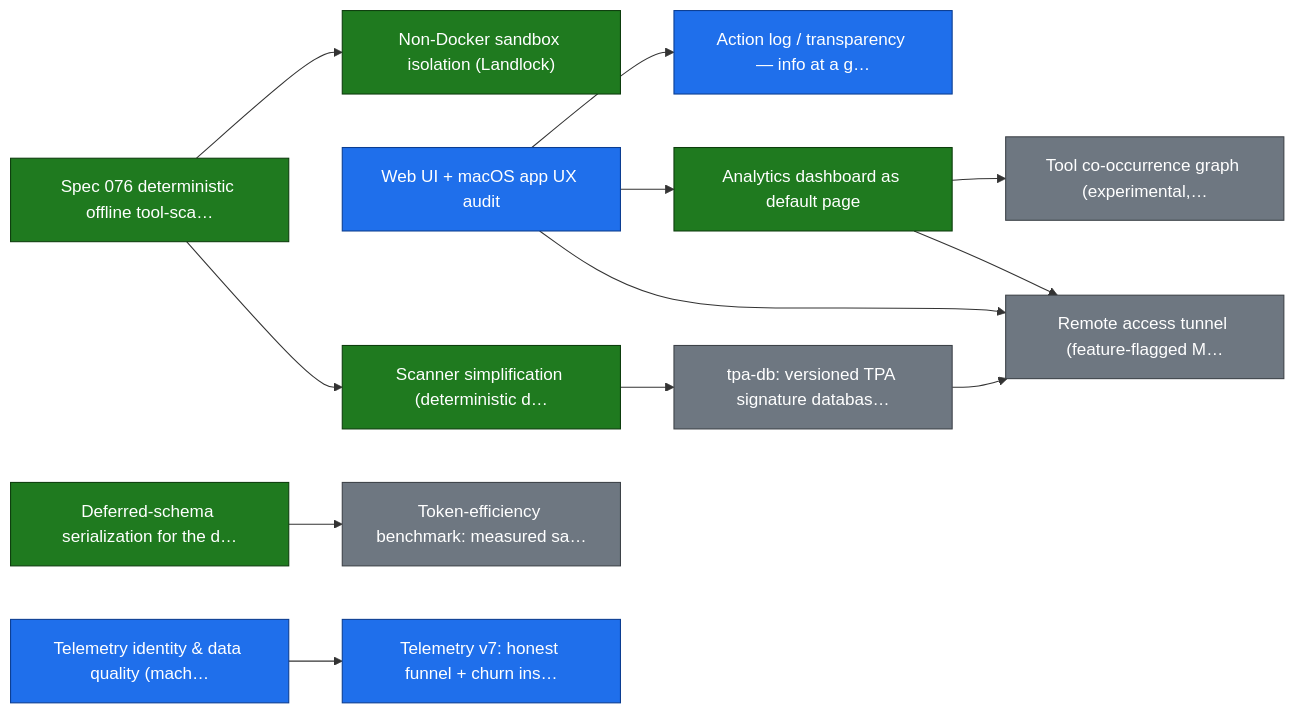
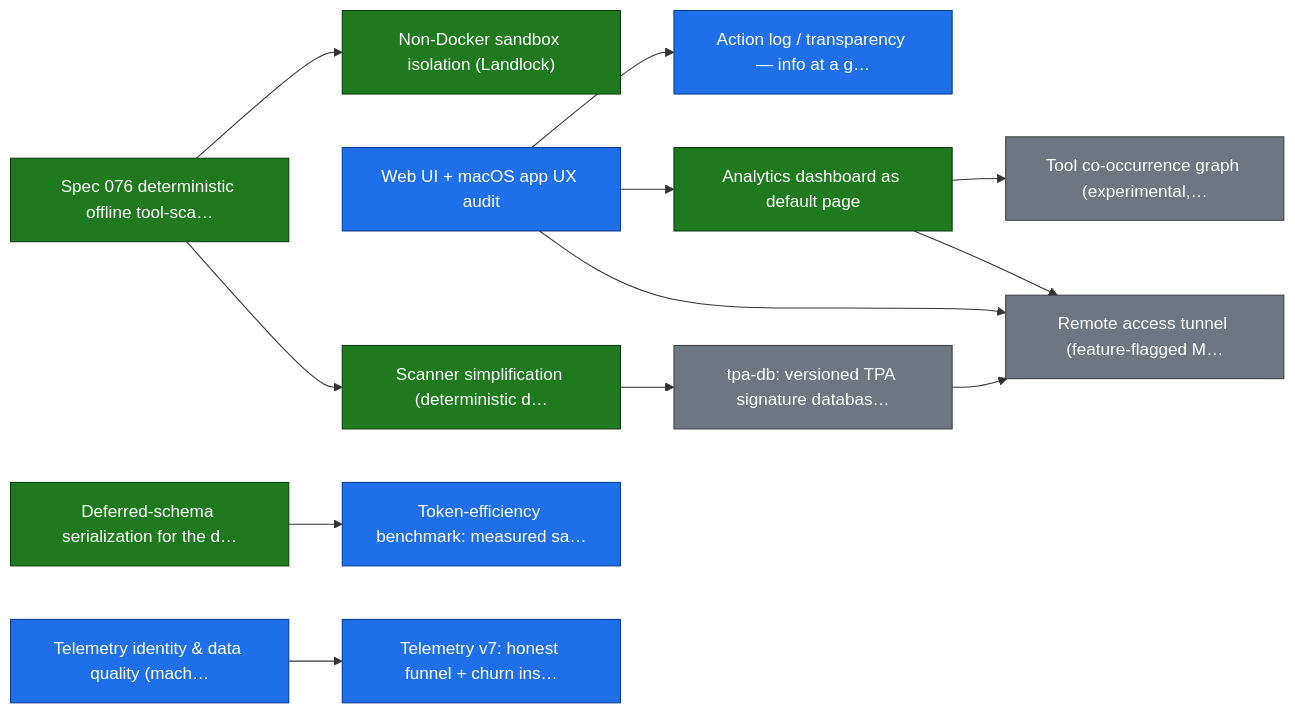
Before and after one commit to smart-mcp-proxy/mcpproxy-go: the first of 21 diagrams in ROADMAP.md, drawn with Mermaid. The commit also changed other lines of this file and 1 other file, not shown here.

First line of the commit message:
chore(roadmap): token-bench is in_progress — US1 shipped in #1141

````diff
--- a/ROADMAP.md
+++ b/ROADMAP.md
@@ -36,35 +36,35 @@
 ```mermaid
 graph LR
   sandbox_isolation["Non-Docker sandbox isolation (Landlock)"]
   scanner_v2["Spec 076 deterministic offline tool-sca…"]
   ux_audit["Web UI + macOS app UX audit"]
   action_log_transparency["Action log / transparency — info at a g…"]
   analytics_dashboard["Analytics dashboard as default page"]
   scanner_simplification["Scanner simplification (deterministic d…"]
   tpa_db["tpa-db: versioned TPA signature databas…"]
   remote_access_tunnel["Remote access tunnel (feature-flagged M…"]
   schema_deferred["Deferred-schema serialization for the d…"]
   token_bench["Token-efficiency benchmark: measured sa…"]
   tool_graph["Tool co-occurrence graph (experimental,…"]
   telemetry_identity["Telemetry identity & data quality (mach…"]
   telemetry_v7_churn["Telemetry v7: honest funnel + churn ins…"]
 
   scanner_v2 --> sandbox_isolation
   ux_audit --> action_log_transparency
   ux_audit --> analytics_dashboard
   scanner_v2 --> scanner_simplification
   scanner_simplification --> tpa_db
   tpa_db --> remote_access_tunnel
   ux_audit --> remote_access_tunnel
   analytics_dashboard --> remote_access_tunnel
   schema_deferred --> token_bench
   analytics_dashboard --> tool_graph
   telemetry_identity --> telemetry_v7_churn
 
   classDef done fill:#1f7a1f,stroke:#0d3d0d,color:#ffffff;
   classDef in_progress fill:#1f6feb,stroke:#0b3d91,color:#ffffff;
   classDef todo fill:#6e7781,stroke:#3d4248,color:#ffffff;
   class sandbox_isolation,scanner_v2,analytics_dashboard,scanner_simplification,schema_deferred done;
-  class ux_audit,action_log_transparency,telemetry_identity,telemetry_v7_churn in_progress;
-  class tpa_db,remote_access_tunnel,token_bench,tool_graph todo;
+  class ux_audit,action_log_transparency,token_bench,telemetry_identity,telemetry_v7_churn in_progress;
+  class tpa_db,remote_access_tunnel,tool_graph todo;
 ```
````
